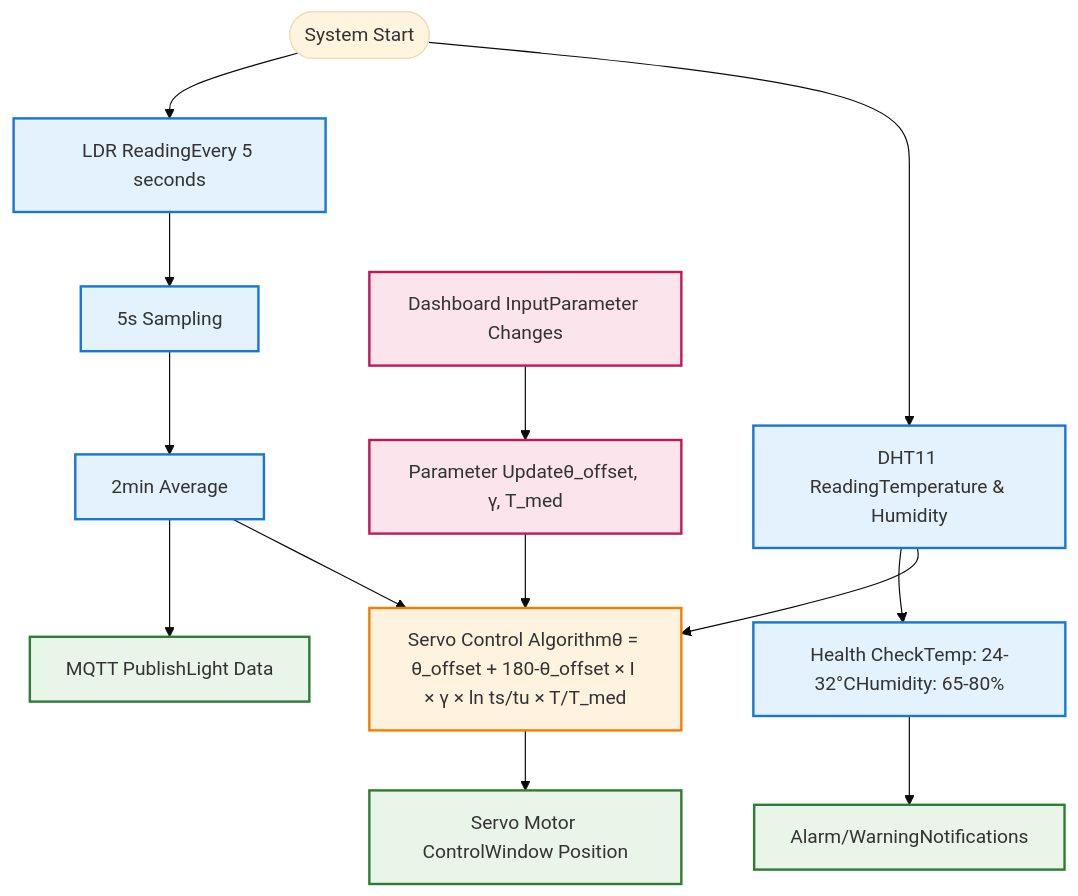
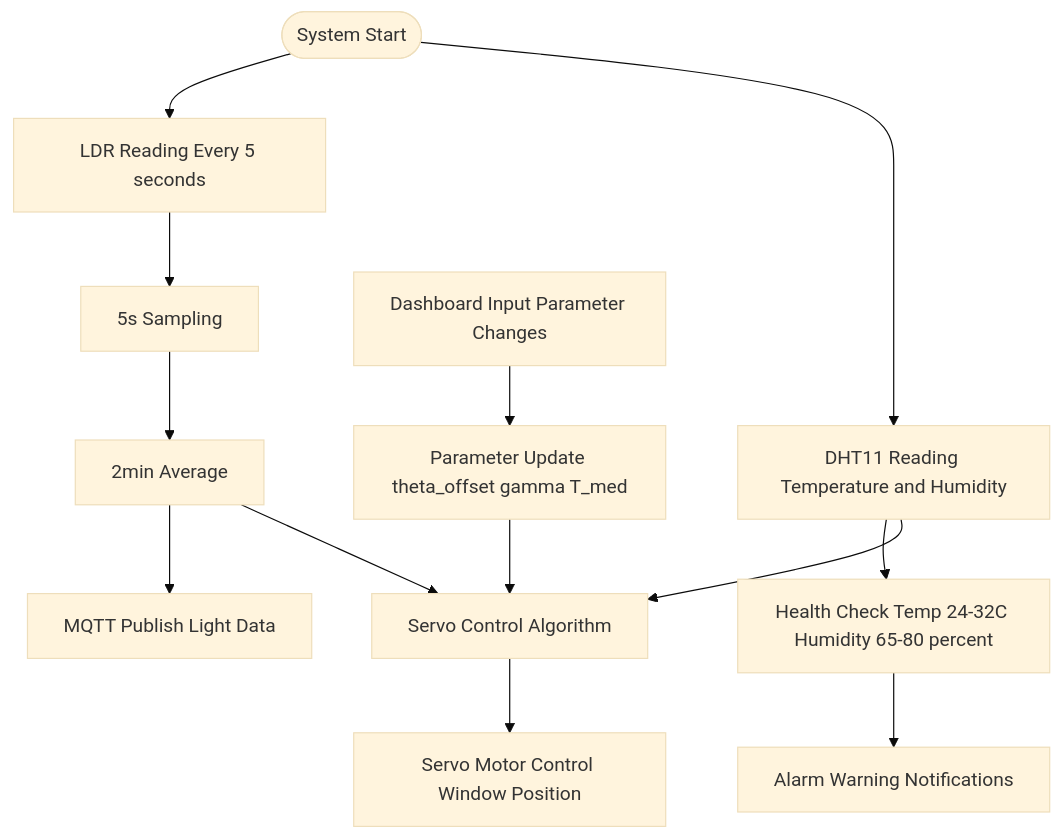
One commit to PankajaBalasooriya/EN2853-MediBox-220054N changed the third of 4 diagrams in README.MD. Above: the diagram before and after it, drawn with Mermaid (base theme). The commit also changed other lines of this file, not shown here.

````diff
--- a/README.MD
+++ b/README.MD
@@ -105,53 +82,37 @@
 ```mermaid
 graph TD
     Start([System Start])
     
-    %% Sensor Data Collection
-    LDR_Read[LDR ReadingEvery 5 seconds]
-    DHT_Read[DHT11 ReadingTemperature & Humidity]
+    LDR_Read[LDR Reading Every 5 seconds]
+    DHT_Read[DHT11 Reading Temperature and Humidity]
     
-    %% Data Processing
     LDR_Sample[5s Sampling]
     LDR_Avg[2min Average]
-    Health_Check[Health CheckTemp: 24-32°CHumidity: 65-80%]
+    Health_Check[Health Check Temp 24-32C Humidity 65-80 percent]
     
-    %% Control Algorithm
-    Control_Algo[Servo Control Algorithmθ = θ_offset + 180-θ_offset × I × γ × ln ts/tu × T/T_med]
+    Control_Algo[Servo Control Algorithm]
     
-    %% Outputs
-    MQTT_Pub[MQTT PublishLight Data]
-    Servo_Control[Servo Motor ControlWindow Position]
-    Alarm_Warning[Alarm/WarningNotifications]
+    MQTT_Pub[MQTT Publish Light Data]
+    Servo_Control[Servo Motor Control Window Position]
+    Alarm_Warning[Alarm Warning Notifications]
     
-    %% Dashboard Input
-    Dashboard_Input[Dashboard InputParameter Changes]
-    Param_Update[Parameter Updateθ_offset, γ, T_med]
+    Dashboard_Input[Dashboard Input Parameter Changes]
+    Param_Update[Parameter Update theta_offset gamma T_med]
     
     Start --> LDR_Read
     Start --> DHT_Read
     
     LDR_Read --> LDR_Sample
     LDR_Sample --> LDR_Avg
     LDR_Avg --> MQTT_Pub
     
     DHT_Read --> Health_Check
     Health_Check --> Alarm_Warning
     
     LDR_Avg --> Control_Algo
     DHT_Read --> Control_Algo
     Control_Algo --> Servo_Control
     
     Dashboard_Input --> Param_Update
     Param_Update --> Control_Algo
-    
-    %% Styling
-    classDef process fill:#e3f2fd,stroke:#1976d2,stroke-width:2px
-    classDef algorithm fill:#fff3e0,stroke:#f57c00,stroke-width:2px
-    classDef output fill:#e8f5e8,stroke:#2e7d32,stroke-width:2px
-    classDef input fill:#fce4ec,stroke:#c2185b,stroke-width:2px
-    
-    class LDR_Read,DHT_Read,LDR_Sample,LDR_Avg,Health_Check process
-    class Control_Algo algorithm
-    class MQTT_Pub,Servo_Control,Alarm_Warning output
-    class Dashboard_Input,Param_Update input
 ```
````
